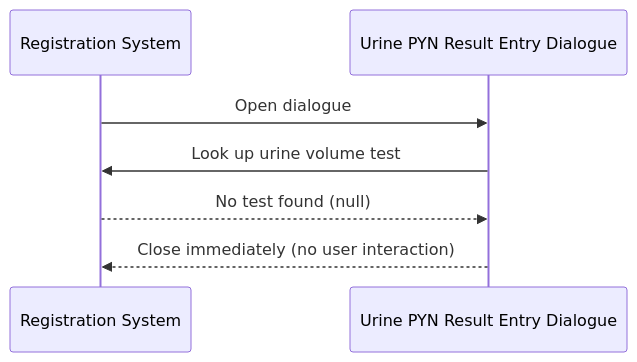
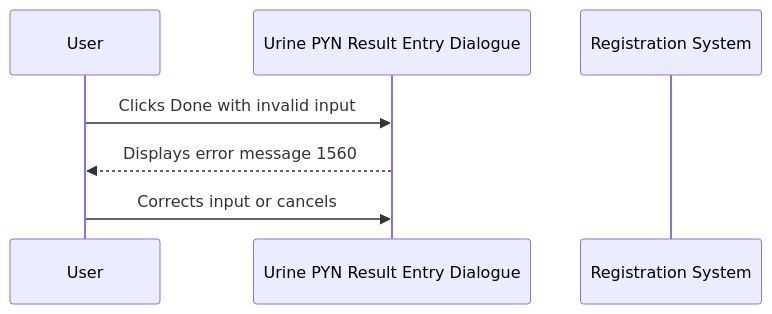
Before and after one commit to DragonChong/HA-Notes: the fourth of 4 diagrams in Knowledge Base/01_Screens/Registration/Workflows/Pre-Register/Result Entry/Urine PYN Result Entry Dialogue.md, drawn with Mermaid. The commit also changed other lines of this file, not shown here.

````diff
--- a/Knowledge Base/01_Screens/Registration/Workflows/Pre-Register/Result Entry/Urine PYN Result Entry Dialogue.md
+++ b/Knowledge Base/01_Screens/Registration/Workflows/Pre-Register/Result Entry/Urine PYN Result Entry Dialogue.md
@@ -121,10 +134,10 @@
 ```mermaid
 sequenceDiagram
+    participant User
+    participant Dialogue as Urine PYN Result Entry Dialogue
     participant System as Registration System
-    participant Dialogue as Urine PYN Result Entry Dialogue
 
-    System->>Dialogue: Open dialogue
-    Dialogue->>System: Look up urine volume test
-    System-->>Dialogue: No test found (null)
-    Dialogue-->>System: Close immediately (no user interaction)
+    User->>Dialogue: Clicks Done with invalid input
+    Dialogue-->>User: Displays error message 1560
+    User->>Dialogue: Corrects input or cancels
 ```
````
